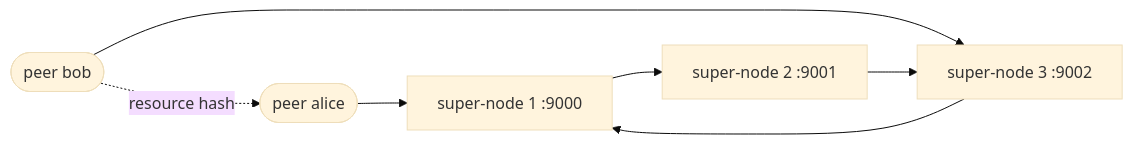
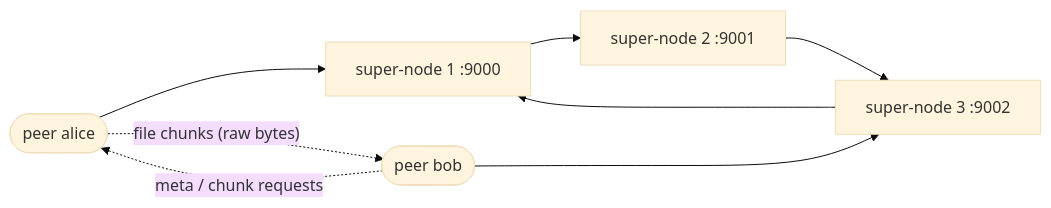
Before and after one commit to joaolaureano/java-p2p: the diagram in README.md, drawn with Mermaid (base theme). The commit also changed other lines of this file and 30 other files, not shown here.

````diff
--- a/README.md
+++ b/README.md
@@ -44,9 +53,10 @@
 ```mermaid
 flowchart LR
     SN1["super-node 1 :9000"] --> SN2["super-node 2 :9001"]
     SN2 --> SN3["super-node 3 :9002"]
     SN3 --> SN1
     alice(["peer alice"]) --> SN1
     bob(["peer bob"]) --> SN3
-    bob -. "resource hash" .-> alice
+    bob -. "meta / chunk requests" .-> alice
+    alice -. "file chunks (raw bytes)" .-> bob
 ```
````
